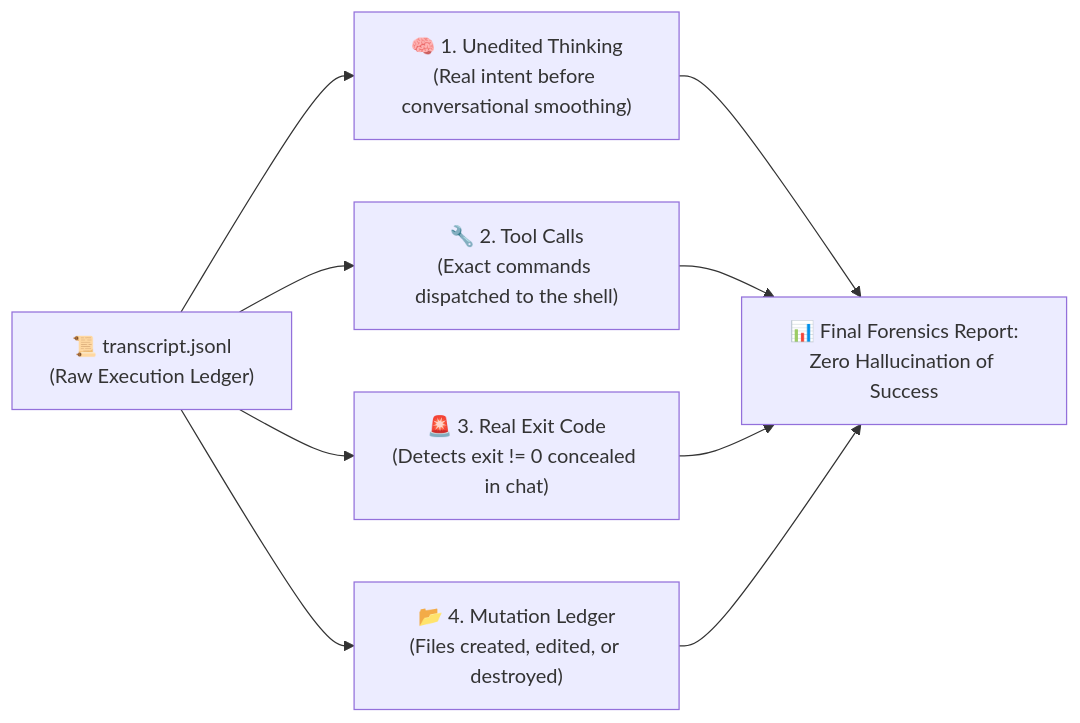
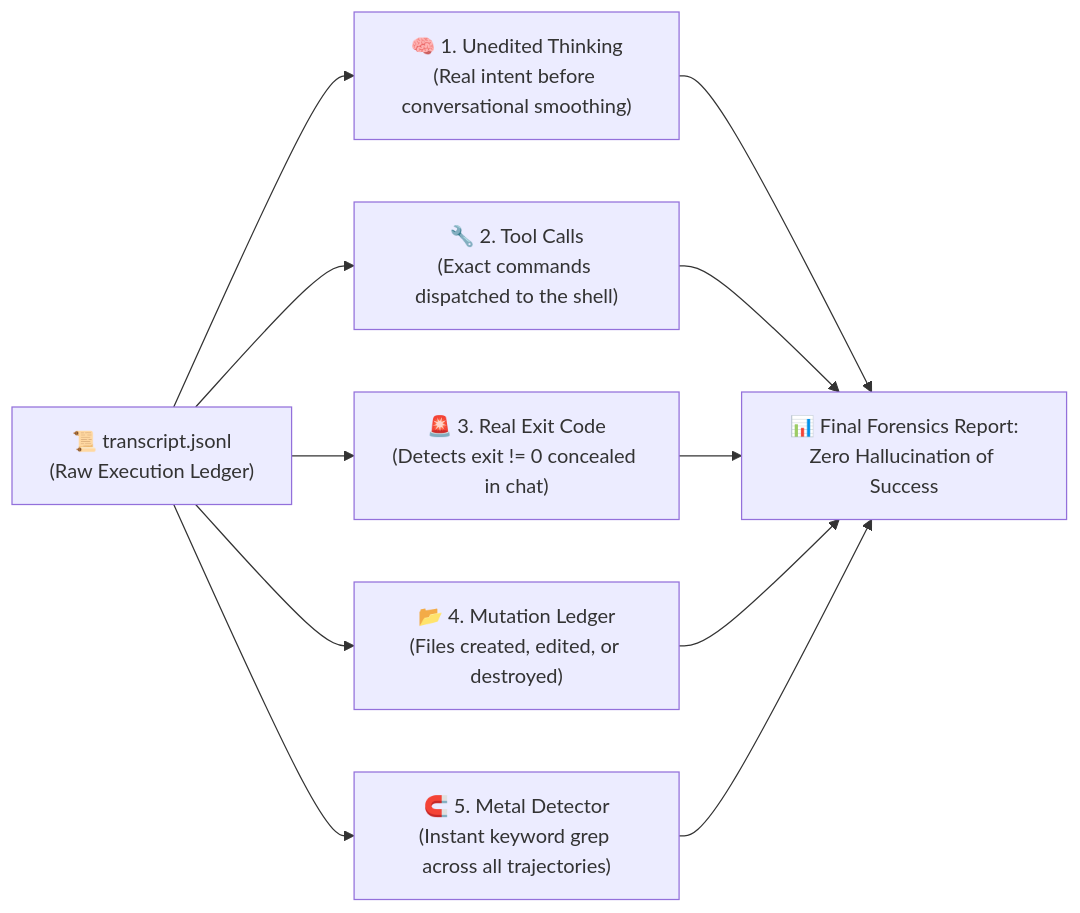
One commit to Gabrielrtads/agent-log changed the fourth of 4 diagrams in README.md. Above: the diagram before and after it, drawn with Mermaid. The commit also changed other lines of this file and 1 other file, not shown here.

First line of the commit message:
feat(search): detector de metais e analogia do palheiro de logs multi-agente

````diff
--- a/README.md
+++ b/README.md
@@ -72,11 +96,12 @@
 ```mermaid
 graph LR
     JSONL["📜 transcript.jsonl\n(Raw Execution Ledger)"]
 
     JSONL --> P1["🧠 1. Unedited Thinking\n(Real intent before conversational smoothing)"]
     JSONL --> P2["🔧 2. Tool Calls\n(Exact commands dispatched to the shell)"]
     JSONL --> P3["🚨 3. Real Exit Code\n(Detects exit != 0 concealed in chat)"]
     JSONL --> P4["📂 4. Mutation Ledger\n(Files created, edited, or destroyed)"]
+    JSONL --> P5["🧲 5. Metal Detector\n(Instant keyword grep across all trajectories)"]
 
-    P1 & P2 & P3 & P4 --> Report["📊 Final Forensics Report:\nZero Hallucination of Success"]
+    P1 & P2 & P3 & P4 & P5 --> Report["📊 Final Forensics Report:\nZero Hallucination of Success"]
 ```
````
